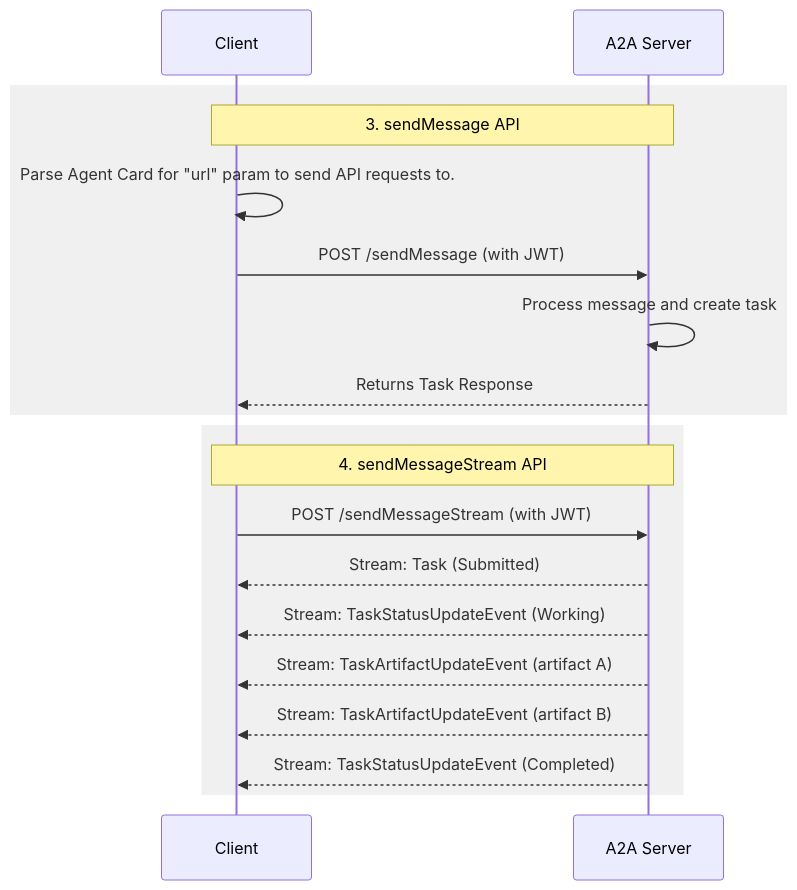
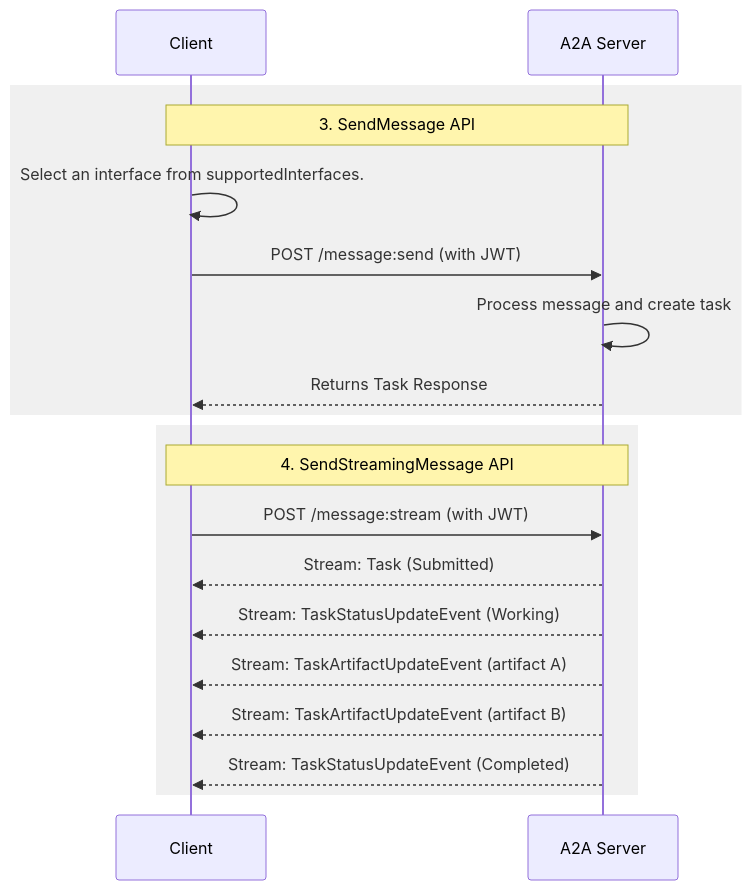
One commit to a2aproject/A2A changed the fifth of 5 diagrams in docs/topics/what-is-a2a.md. Above: the diagram before and after it, drawn with Mermaid. The commit also changed other lines of this file and 1 other file, not shown here.

Commit message:
docs: update A2A endpoint examples

````diff
--- a/docs/topics/what-is-a2a.md
+++ b/docs/topics/what-is-a2a.md
@@ -208,23 +208,23 @@
 ```mermaid
 sequenceDiagram
     participant Client
     participant A2A Server
 
     rect rgb(240, 240, 240)
-    Note over Client, A2A Server: 3. sendMessage API
-    Client->>Client: Parse Agent Card for "url" param to send API requests to.
-    Client->>A2A Server: POST /sendMessage (with JWT)
+    Note over Client, A2A Server: 3. SendMessage API
+    Client->>Client: Select an interface from supportedInterfaces.
+    Client->>A2A Server: POST /message:send (with JWT)
     A2A Server->>A2A Server: Process message and create task
     A2A Server-->>Client: Returns Task Response
     end
 
     rect rgb(240, 240, 240)
-    Note over Client, A2A Server: 4. sendMessageStream API
-    Client->>A2A Server: POST /sendMessageStream (with JWT)
+    Note over Client, A2A Server: 4. SendStreamingMessage API
+    Client->>A2A Server: POST /message:stream (with JWT)
     A2A Server-->>Client: Stream: Task (Submitted)
     A2A Server-->>Client: Stream: TaskStatusUpdateEvent (Working)
     A2A Server-->>Client: Stream: TaskArtifactUpdateEvent (artifact A)
     A2A Server-->>Client: Stream: TaskArtifactUpdateEvent (artifact B)
     A2A Server-->>Client: Stream: TaskStatusUpdateEvent (Completed)
     end
 ```
````
